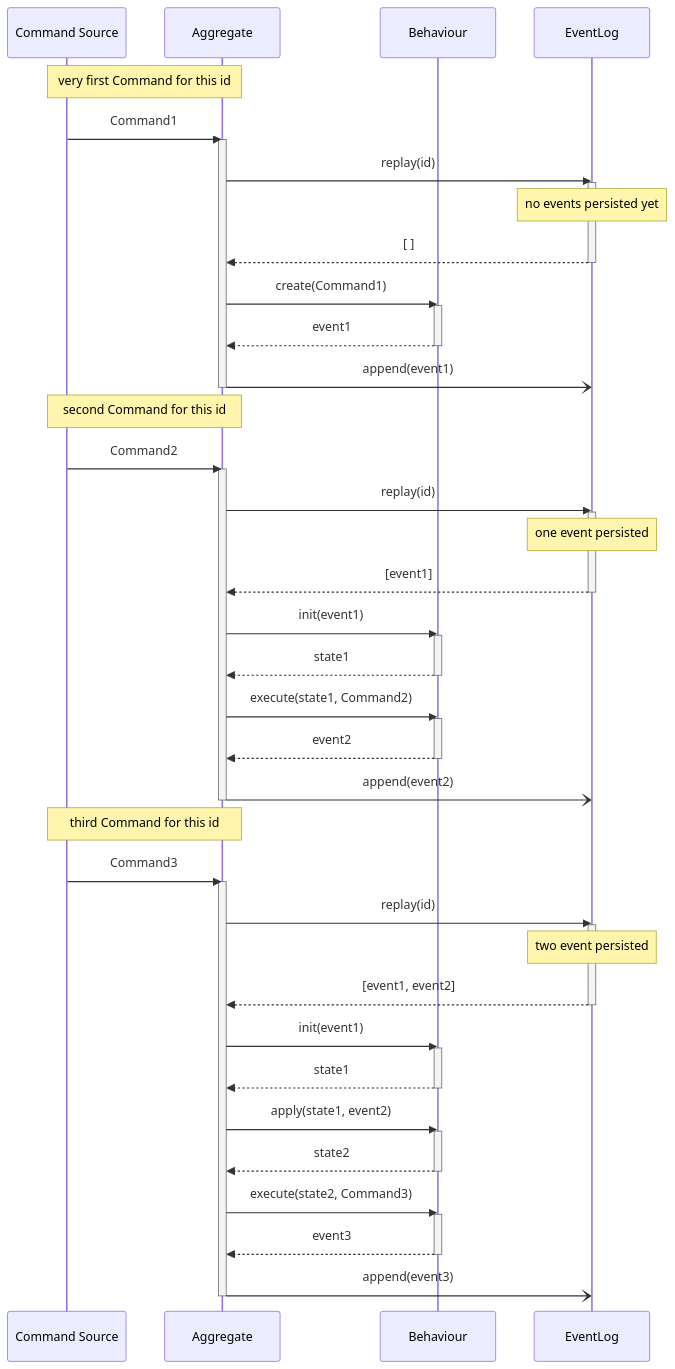
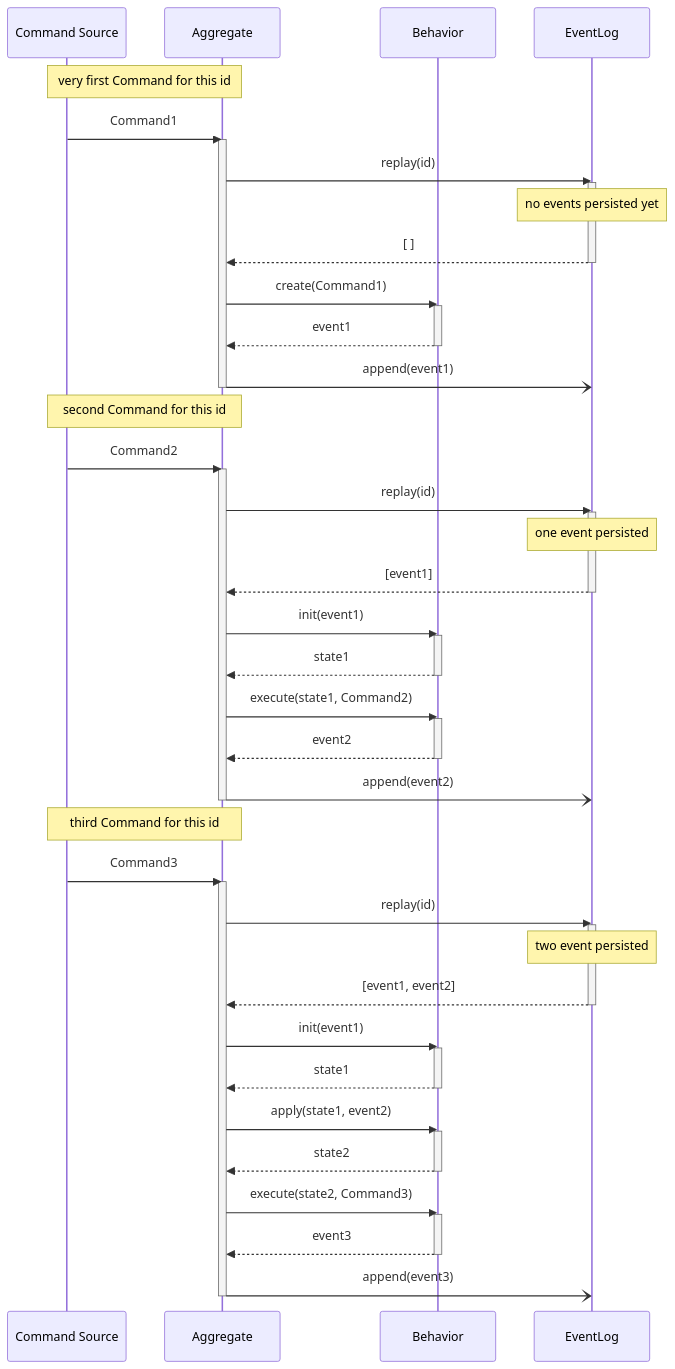
The second of 3 diagrams in packages/doc/docs/reventless-components/aggregate.md (ReventlessDev/reventless-core), drawn with Mermaid before and after one commit. The commit also changed other lines of this file and 45 other files, not shown here.

First line of the commit message:
refactor: rename Behaviour to Behavior (British to American spelling)

````diff
--- a/packages/doc/docs/reventless-components/aggregate.md
+++ b/packages/doc/docs/reventless-components/aggregate.md
@@ -274,67 +274,67 @@
 ```mermaid
 sequenceDiagram
 participant CommandSource as Command Source
 participant Aggregate
-participant Behaviour
+participant Behavior
 participant EventLog
 
 %% first Command
 Note over CommandSource,Aggregate: very first Command for this id
 CommandSource->>Aggregate: Command1
 activate Aggregate
 Aggregate->>EventLog: replay(id)
 activate EventLog
 Note over EventLog: no events persisted yet
 EventLog-->>Aggregate: [ ]
 deactivate EventLog
-Aggregate->>Behaviour: create(Command1)
-activate Behaviour
-Behaviour-->>Aggregate: event1
-deactivate Behaviour
+Aggregate->>Behavior: create(Command1)
+activate Behavior
+Behavior-->>Aggregate: event1
+deactivate Behavior
 Aggregate-)EventLog: append(event1)
 deactivate Aggregate
 
 %% second CommandSource
 Note over CommandSource,Aggregate: second Command for this id
 CommandSource->>Aggregate: Command2
 activate Aggregate
 Aggregate->>EventLog: replay(id)
 activate EventLog
 Note over EventLog: one event persisted
 EventLog-->>Aggregate: [event1]
 deactivate EventLog
-Aggregate->>Behaviour: init(event1)
-activate Behaviour
-Behaviour-->>Aggregate: state1
-deactivate Behaviour
-Aggregate->>Behaviour: execute(state1, Command2)
-activate Behaviour
-Behaviour-->>Aggregate: event2
-deactivate Behaviour
+Aggregate->>Behavior: init(event1)
+activate Behavior
+Behavior-->>Aggregate: state1
+deactivate Behavior
+Aggregate->>Behavior: execute(state1, Command2)
+activate Behavior
+Behavior-->>Aggregate: event2
+deactivate Behavior
 Aggregate-)EventLog: append(event2)
 deactivate Aggregate
 
 %% third Command
 Note over CommandSource,Aggregate: third Command for this id
 CommandSource->>Aggregate: Command3
 activate Aggregate
 Aggregate->>EventLog: replay(id)
 activate EventLog
 Note over EventLog: two event persisted
 EventLog-->>Aggregate: [event1, event2]
 deactivate EventLog
-Aggregate->>Behaviour: init(event1)
-activate Behaviour
-Behaviour-->>Aggregate: state1
-deactivate Behaviour
-Aggregate->>Behaviour: apply(state1, event2)
-activate Behaviour
-Behaviour-->>Aggregate: state2
-deactivate Behaviour
-Aggregate->>Behaviour: execute(state2, Command3)
-activate Behaviour
-Behaviour-->>Aggregate: event3
-deactivate Behaviour
+Aggregate->>Behavior: init(event1)
+activate Behavior
+Behavior-->>Aggregate: state1
+deactivate Behavior
+Aggregate->>Behavior: apply(state1, event2)
+activate Behavior
+Behavior-->>Aggregate: state2
+deactivate Behavior
+Aggregate->>Behavior: execute(state2, Command3)
+activate Behavior
+Behavior-->>Aggregate: event3
+deactivate Behavior
 Aggregate-)EventLog: append(event3)
 deactivate Aggregate
 ```
````
